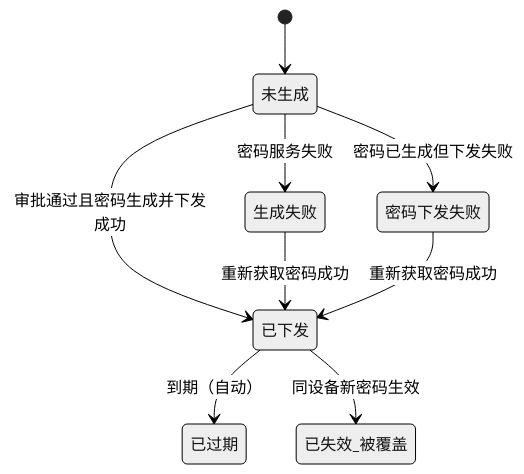
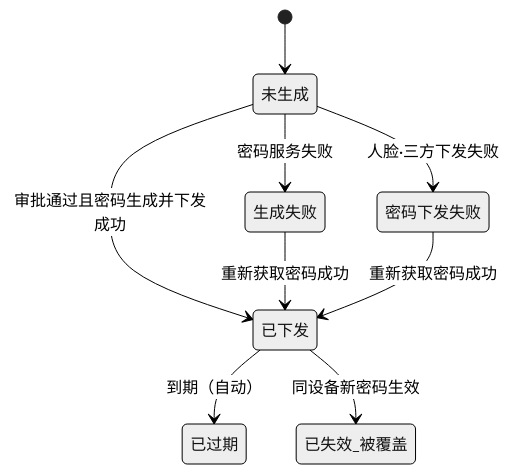
The third of 3 diagrams in 02-PRD文档/B-迭代需求/6.2版本（2026.08）/07-审批中心/03-业务审批/04-我的申请管理/04-开锁审批/开锁申请业务规则规格.md (RobertHuang999/SYZC), drawn with Mermaid (neutral theme) before and after one commit. The commit also changed other lines of this file and 30 other files, not shown here.

````diff
--- a/02-PRD文档/B-迭代需求/6.2版本（2026.08）/07-审批中心/03-业务审批/04-我的申请管理/04-开锁审批/开锁申请业务规则规格.md
+++ b/02-PRD文档/B-迭代需求/6.2版本（2026.08）/07-审批中心/03-业务审批/04-我的申请管理/04-开锁审批/开锁申请业务规则规格.md
@@ -226,11 +229,11 @@
 ```mermaid
 stateDiagram-v2
     [*] --> 未生成
     未生成 --> 已下发 : 审批通过且密码生成并下发成功
     未生成 --> 生成失败 : 密码服务失败
-    未生成 --> 密码下发失败 : 密码已生成但下发失败
+    未生成 --> 密码下发失败 : 人脸·三方下发失败
     生成失败 --> 已下发 : 重新获取密码成功
     密码下发失败 --> 已下发 : 重新获取密码成功
     已下发 --> 已过期 : 到期（自动）
     已下发 --> 已失效_被覆盖 : 同设备新密码生效
 ```
````
